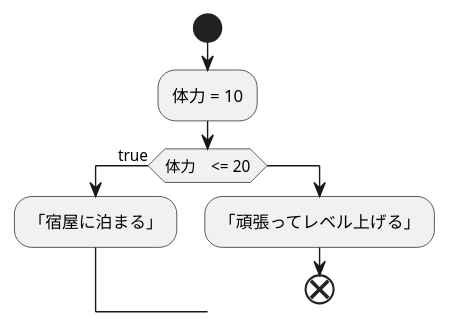
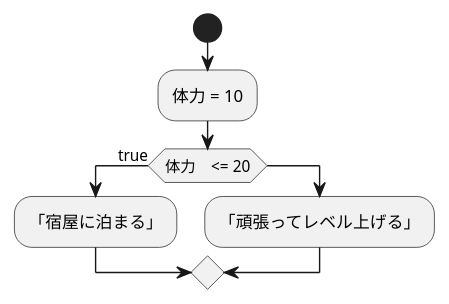
The diagram in unko.md (Aso2001186/2021sys-design), drawn with PlantUML before and after one commit.

````diff
--- a/unko.md
+++ b/unko.md
@@ -1,12 +1,12 @@
 ```uml
 @startuml
 start 
 :体力 = 10;
 
 if(体力　<= 20) then (true)
 :「宿屋に泊まる」;
 else
 :「頑張ってレベル上げる」;
-end
+endif
 @enduml
 ```
````
